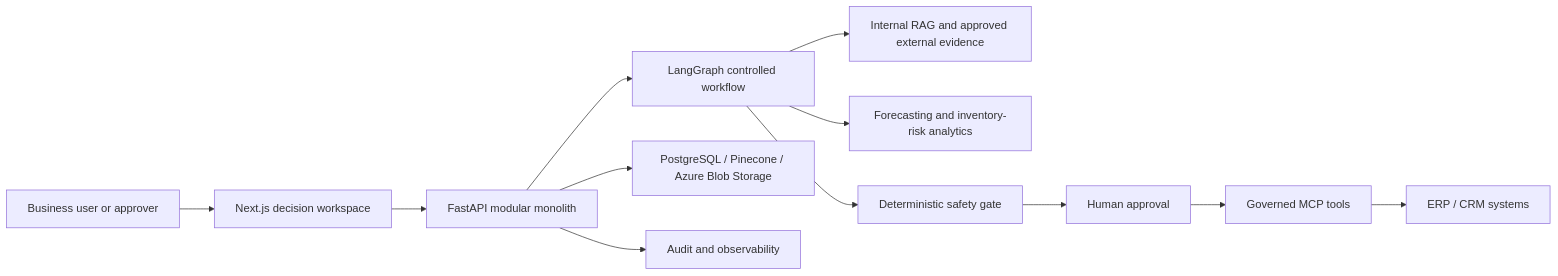
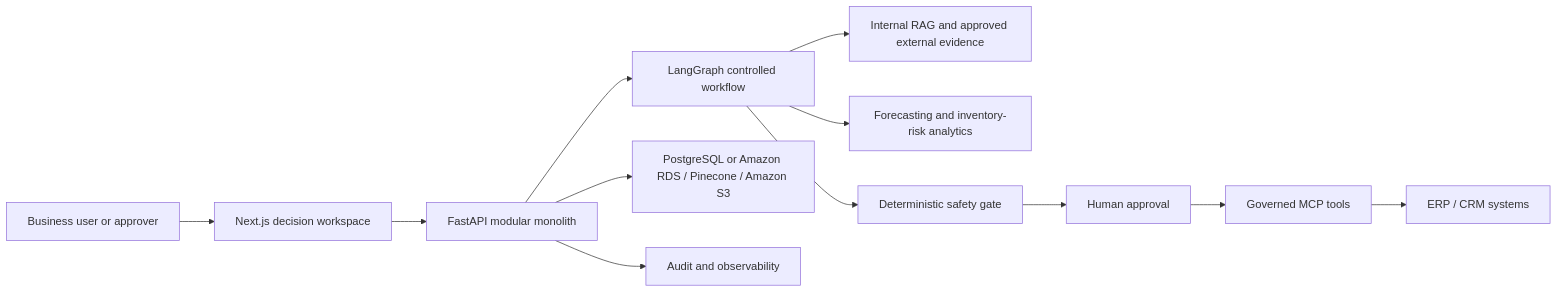
Before and after one commit to chathuranga-sudusinghe/enterprise-decision-intelligence-platform-edip: the diagram in README.md, drawn with Mermaid. The commit also changed other lines of this file and 7 other files, not shown here.

````diff
--- a/README.md
+++ b/README.md
@@ -64,14 +64,14 @@
 ```mermaid
 flowchart LR
     User["Business user or approver"] --> UI["Next.js decision workspace"]
     UI --> API["FastAPI modular monolith"]
     API --> WF["LangGraph controlled workflow"]
     WF --> RAG["Internal RAG and approved external evidence"]
     WF --> Analytics["Forecasting and inventory-risk analytics"]
     WF --> Gate["Deterministic safety gate"]
     Gate --> HITL["Human approval"]
     HITL --> MCP["Governed MCP tools"]
     MCP --> Systems["ERP / CRM systems"]
-    API --> Data["PostgreSQL / Pinecone / Azure Blob Storage"]
+    API --> Data["PostgreSQL or Amazon RDS / Pinecone / Amazon S3"]
     API --> Obs["Audit and observability"]
 ```
````
